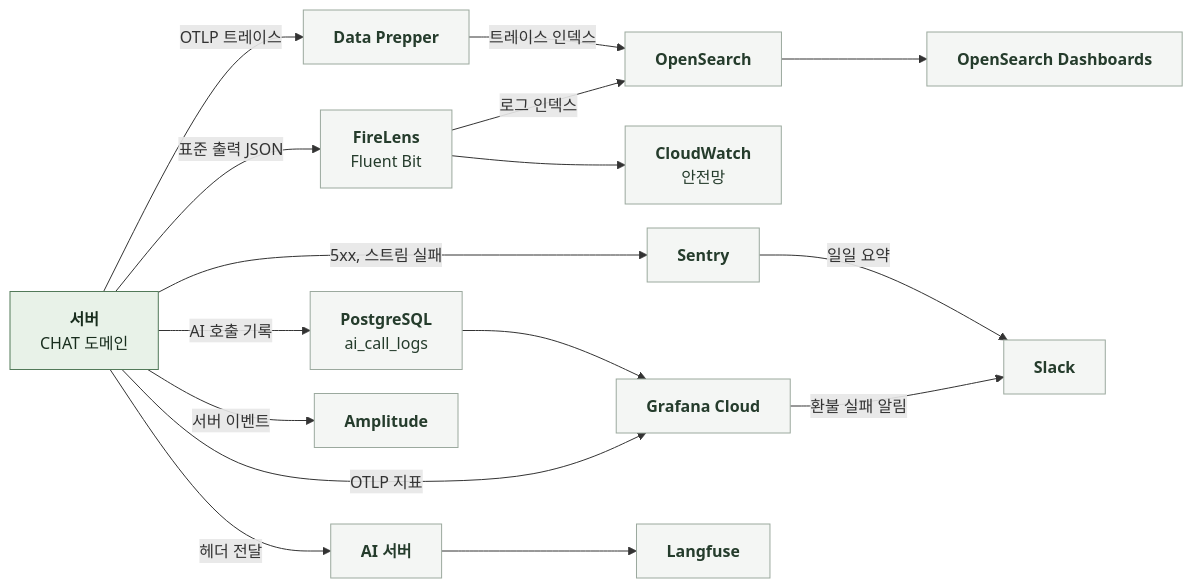
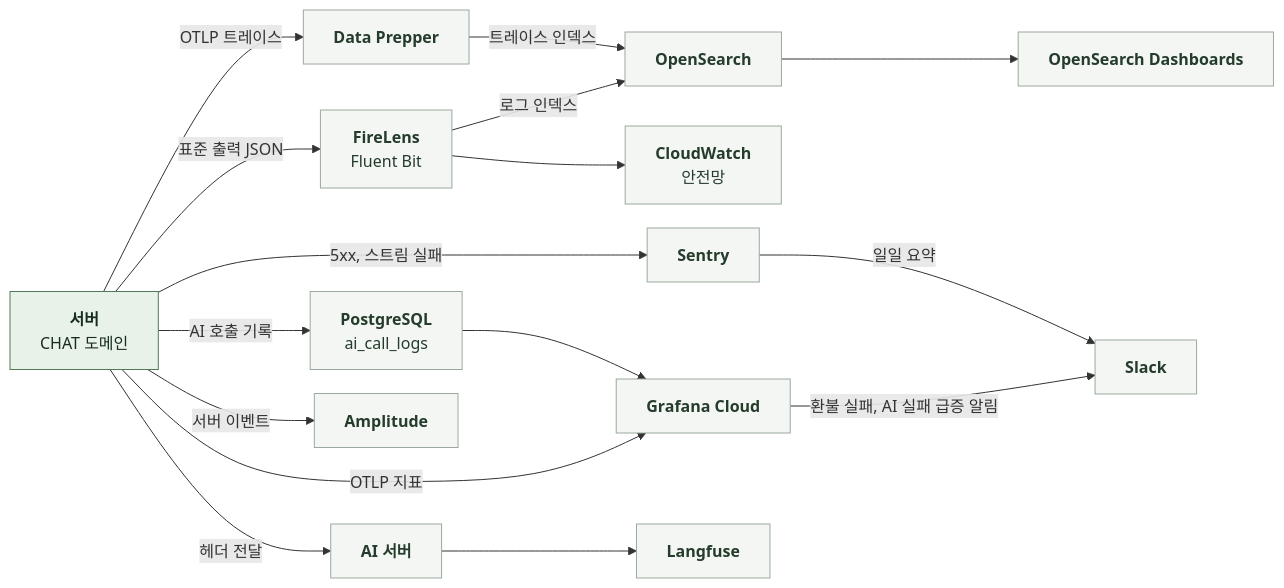
One commit to KIM-N-KANG/knk-harness changed the diagram in docs/domain/CHAT/BACKEND/5-4-OBSERVABILITY.md. Above: the diagram before and after it, drawn with Mermaid.

Commit message:
[KNK-1651] Docs: AI 실패 급증 알림을 알림 절로 이동

````diff
--- a/docs/domain/CHAT/BACKEND/5-4-OBSERVABILITY.md
+++ b/docs/domain/CHAT/BACKEND/5-4-OBSERVABILITY.md
@@ -11,28 +11,28 @@
 ```mermaid
 %%{init: {"flowchart": {"curve": "basis", "nodeSpacing": 24, "rankSpacing": 40}}}%%
 flowchart LR
     S["`**서버**
 CHAT 도메인`"]
     S -->|표준 출력 JSON| F["`**FireLens**
 Fluent Bit`"]
     F -->|로그 인덱스| OS["`**OpenSearch**`"]
     F --> CW["`**CloudWatch**
 안전망`"]
     S -->|OTLP 트레이스| DP["`**Data Prepper**`"]
     DP -->|트레이스 인덱스| OS
     OS --> OD["`**OpenSearch Dashboards**`"]
     S -->|OTLP 지표| G["`**Grafana Cloud**`"]
     S -->|AI 호출 기록| PG["`**PostgreSQL**
 ai_call_logs`"]
     PG --> G
-    G -->|환불 실패 알림| SL["`**Slack**`"]
+    G -->|환불 실패, AI 실패 급증 알림| SL["`**Slack**`"]
     S -->|5xx, 스트림 실패| SE["`**Sentry**`"]
     SE -->|일일 요약| SL
     S -->|헤더 전달| AI["`**AI 서버**`"]
     AI --> LF["`**Langfuse**`"]
     S -->|서버 이벤트| AM["`**Amplitude**`"]
     classDef comp fill:#E8F2E8,stroke:#527A59,color:#182D1D
     classDef ext fill:#F4F6F4,stroke:#9BA99E,color:#253C2C
     class S comp
     class F,OS,CW,DP,OD,G,PG,SE,SL,AI,LF,AM ext
 ```
````
